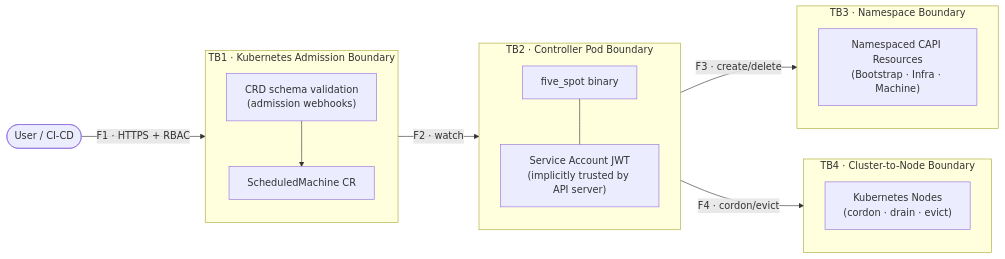
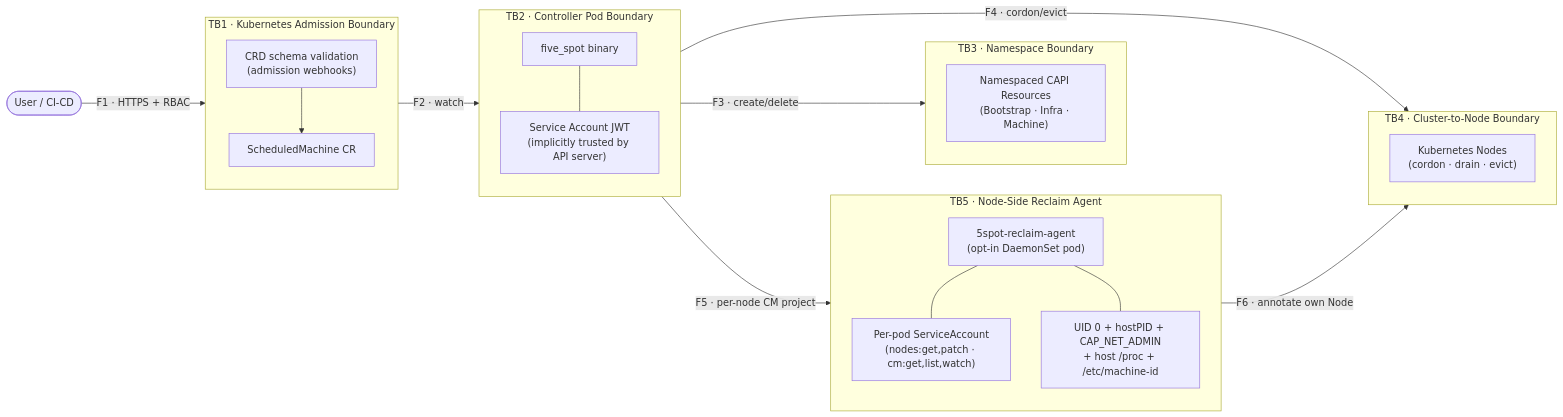
One commit to RBC/finos-5-spot changed the second of 2 diagrams in docs/src/security/threat-model.md. Above: the diagram before and after it, drawn with Mermaid. The commit also changed other lines of this file and 25 other files, not shown here.

````diff
--- a/docs/src/security/threat-model.md
+++ b/docs/src/security/threat-model.md
@@ -95,33 +95,44 @@
 ```mermaid
 flowchart LR
     User(["User / CI-CD"])
 
     subgraph TB1["TB1 · Kubernetes Admission Boundary"]
         direction TB
         AW["CRD schema validation\n(admission webhooks)"]
         SM["ScheduledMachine CR"]
         AW --> SM
     end
 
     subgraph TB2["TB2 · Controller Pod Boundary"]
         direction TB
         Bin["five_spot binary"]
         SA["Service Account JWT\n(implicitly trusted by API server)"]
         Bin --- SA
     end
 
     subgraph TB3["TB3 · Namespace Boundary"]
         direction TB
         NS["Namespaced CAPI Resources\n(Bootstrap · Infra · Machine)"]
     end
 
     subgraph TB4["TB4 · Cluster-to-Node Boundary"]
         direction TB
         Nodes["Kubernetes Nodes\n(cordon · drain · evict)"]
     end
 
+    subgraph TB5["TB5 · Node-Side Reclaim Agent"]
+        direction TB
+        Agent["5spot-reclaim-agent\n(opt-in DaemonSet pod)"]
+        AgentSA["Per-pod ServiceAccount\n(nodes:get,patch · cm:get,list,watch)"]
+        Caps["UID 0 + hostPID + CAP_NET_ADMIN\n+ host /proc + /etc/machine-id"]
+        Agent --- AgentSA
+        Agent --- Caps
+    end
+
     User -->|"F1 · HTTPS + RBAC"| TB1
     TB1 -->|"F2 · watch"| TB2
     TB2 -->|"F3 · create/delete"| TB3
     TB2 -->|"F4 · cordon/evict"| TB4
+    TB2 -->|"F5 · per-node CM project"| TB5
+    TB5 -->|"F6 · annotate own Node"| TB4
 ```
````
